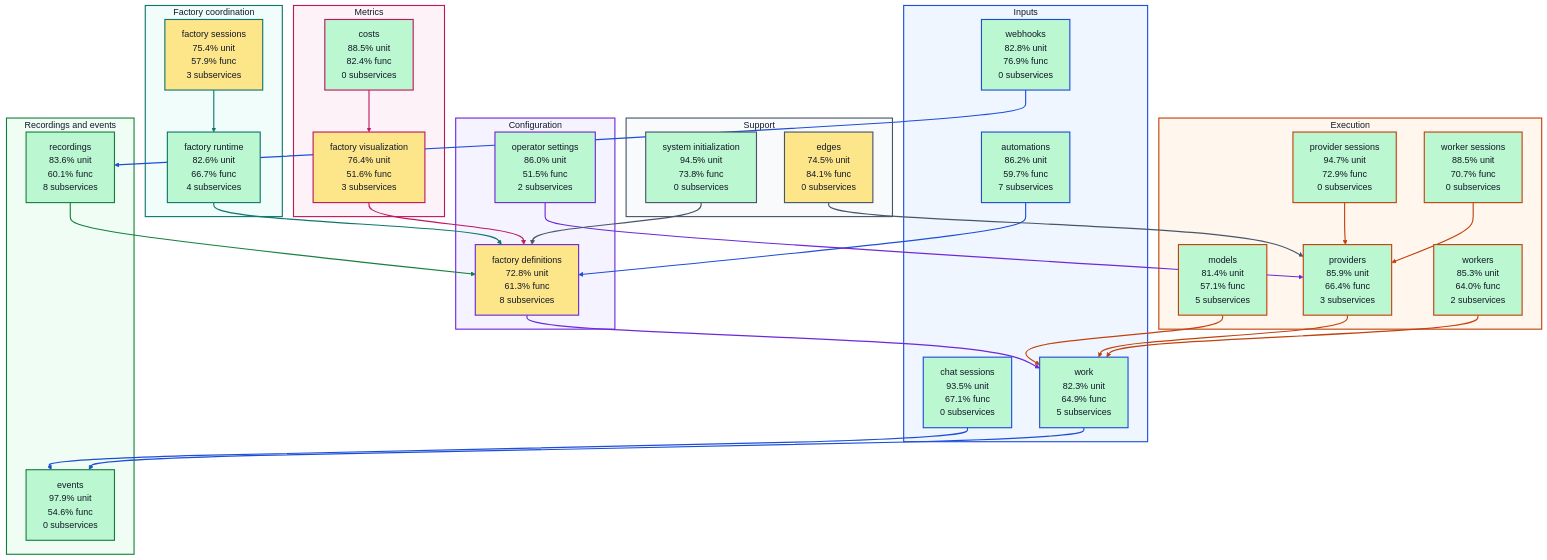
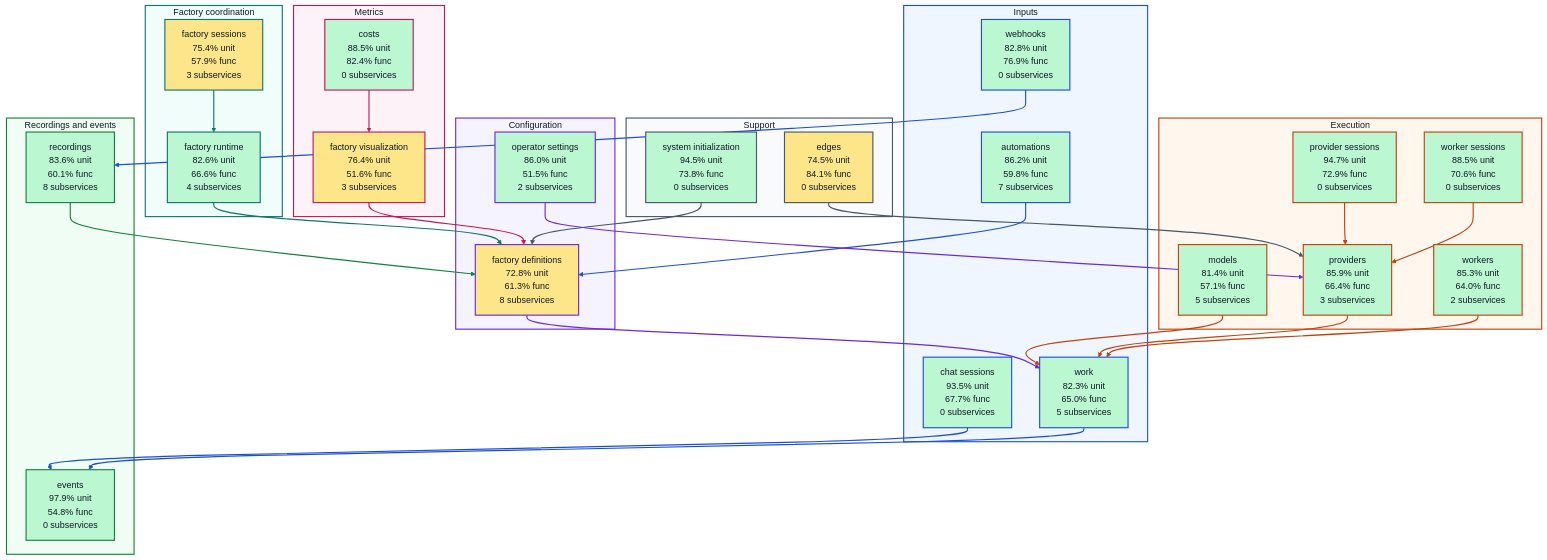
The diagram in docs/architecture/visualizations/high-level-test-coverage.md (portpowered/you-agent-factory), drawn with Mermaid before and after one commit. The commit also changed other lines of this file and 19 other files, not shown here.

Commit message:
docs: refresh backend architecture visualizations

````diff
--- a/docs/architecture/visualizations/high-level-test-coverage.md
+++ b/docs/architecture/visualizations/high-level-test-coverage.md
@@ -11,28 +11,28 @@
 ```mermaid
 flowchart TB
   subgraph input["Inputs"]
-    s_services_automations["automations<br/>86.2% unit<br/>59.7% func<br/>7 subservices"]
-    s_services_chat_sessions["chat sessions<br/>93.5% unit<br/>67.1% func<br/>0 subservices"]
+    s_services_automations["automations<br/>86.2% unit<br/>59.8% func<br/>7 subservices"]
+    s_services_chat_sessions["chat sessions<br/>93.5% unit<br/>67.7% func<br/>0 subservices"]
     s_services_webhooks["webhooks<br/>82.8% unit<br/>76.9% func<br/>0 subservices"]
-    s_services_work["work<br/>82.3% unit<br/>64.9% func<br/>5 subservices"]
+    s_services_work["work<br/>82.3% unit<br/>65.0% func<br/>5 subservices"]
   end
   subgraph configuration["Configuration"]
     s_services_factory_definitions["factory definitions<br/>72.8% unit<br/>61.3% func<br/>8 subservices"]
     s_services_operator_settings["operator settings<br/>86.0% unit<br/>51.5% func<br/>2 subservices"]
   end
   subgraph coordination["Factory coordination"]
-    s_services_factory_runtime["factory runtime<br/>82.6% unit<br/>66.7% func<br/>4 subservices"]
+    s_services_factory_runtime["factory runtime<br/>82.6% unit<br/>66.6% func<br/>4 subservices"]
     s_services_factory_sessions["factory sessions<br/>75.4% unit<br/>57.9% func<br/>3 subservices"]
   end
   subgraph execution["Execution"]
     s_services_models["models<br/>81.4% unit<br/>57.1% func<br/>5 subservices"]
     s_services_provider_sessions["provider sessions<br/>94.7% unit<br/>72.9% func<br/>0 subservices"]
     s_services_providers["providers<br/>85.9% unit<br/>66.4% func<br/>3 subservices"]
-    s_services_worker_sessions["worker sessions<br/>88.5% unit<br/>70.7% func<br/>0 subservices"]
+    s_services_worker_sessions["worker sessions<br/>88.5% unit<br/>70.6% func<br/>0 subservices"]
     s_services_workers["workers<br/>85.3% unit<br/>64.0% func<br/>2 subservices"]
   end
   subgraph recordings["Recordings and events"]
-    s_services_events["events<br/>97.9% unit<br/>54.6% func<br/>0 subservices"]
+    s_services_events["events<br/>97.9% unit<br/>54.8% func<br/>0 subservices"]
     s_services_recordings["recordings<br/>83.6% unit<br/>60.1% func<br/>8 subservices"]
   end
   subgraph metrics["Metrics"]
````
